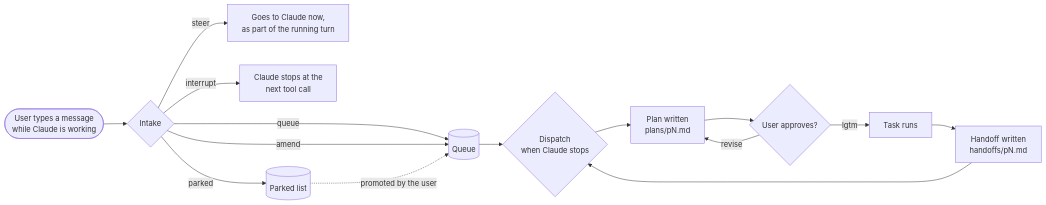
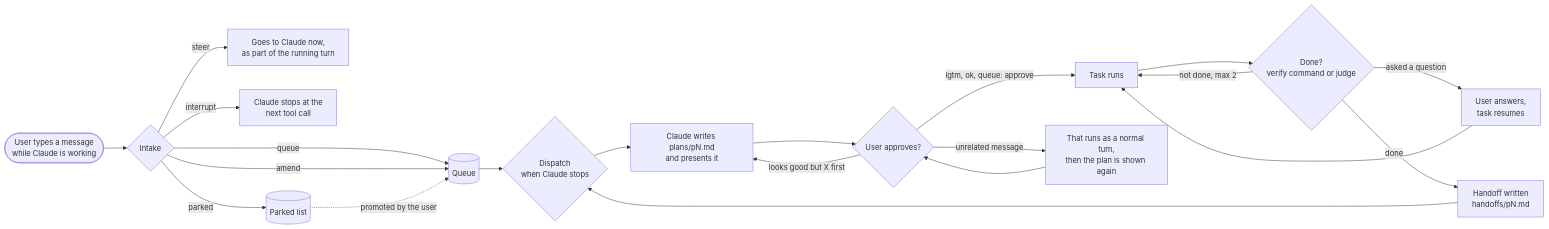
One commit to 0xEl1yahu/queue-switchclaude changed the first of 12 diagrams in docs/flows.md. Above: the diagram before and after it, drawn with Mermaid. The commit also changed other lines of this file and 2 other files, not shown here.

Commit message:
docs: plan flow in the spec, diagrams and README

````diff
--- a/docs/flows.md
+++ b/docs/flows.md
@@ -9,17 +9,23 @@
 ```mermaid
 flowchart LR
     U([User types a message<br/>while Claude is working]) --> I{Intake}
     I -- steer --> S[Goes to Claude now,<br/>as part of the running turn]
     I -- interrupt --> X[Claude stops at the<br/>next tool call]
     I -- queue --> Q[(Queue)]
     I -- amend --> Q
     I -- parked --> P[(Parked list)]
     Q --> D{Dispatch<br/>when Claude stops}
-    D --> PL[Plan written<br/>plans/pN.md]
+    D --> PL[Claude writes plans/pN.md<br/>and presents it]
     PL --> A{User approves?}
-    A -- lgtm --> R[Task runs]
-    A -- revise --> PL
-    R --> H[Handoff written<br/>handoffs/pN.md]
+    A -- "lgtm, ok, queue: approve" --> R[Task runs]
+    A -- "looks good but X first" --> PL
+    A -- "unrelated message" --> O[That runs as a normal turn,<br/>then the plan is shown again]
+    O --> A
+    R --> QN{Done?<br/>verify command or judge}
+    QN -- "asked a question" --> AN[User answers,<br/>task resumes]
+    AN --> R
+    QN -- "not done, max 2" --> R
+    QN -- done --> H[Handoff written<br/>handoffs/pN.md]
     H --> D
     P -. promoted by the user .-> Q
 ```
````
